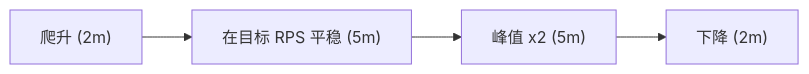
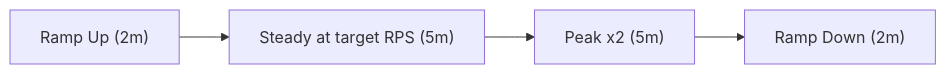
Before and after one commit to Kirky-X/diting: the diagram in references/performance/performance-engineer-guide.md, drawn with Mermaid. The commit also changed other lines of this file and 78 other files, not shown here.

````diff
--- a/references/performance/performance-engineer-guide.md
+++ b/references/performance/performance-engineer-guide.md
@@ -134,6 +134,6 @@
 ```mermaid
 flowchart LR
-    R["爬升 (2m)"] --> P["在目标 RPS 平稳 (5m)"]
-    P --> Peak["峰值 x2 (5m)"]
-    Peak --> RD["下降 (2m)"]
+    R["Ramp Up (2m)"] --> P["Steady at target RPS (5m)"]
+    P --> Peak["Peak x2 (5m)"]
+    Peak --> RD["Ramp Down (2m)"]
 ```
````
